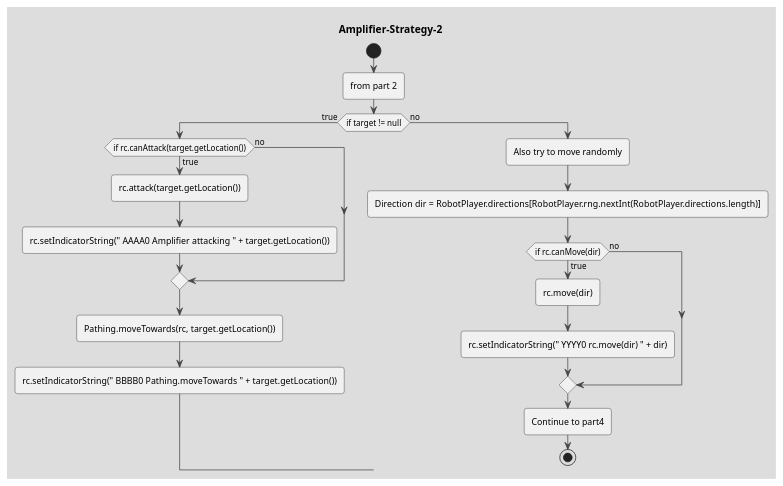
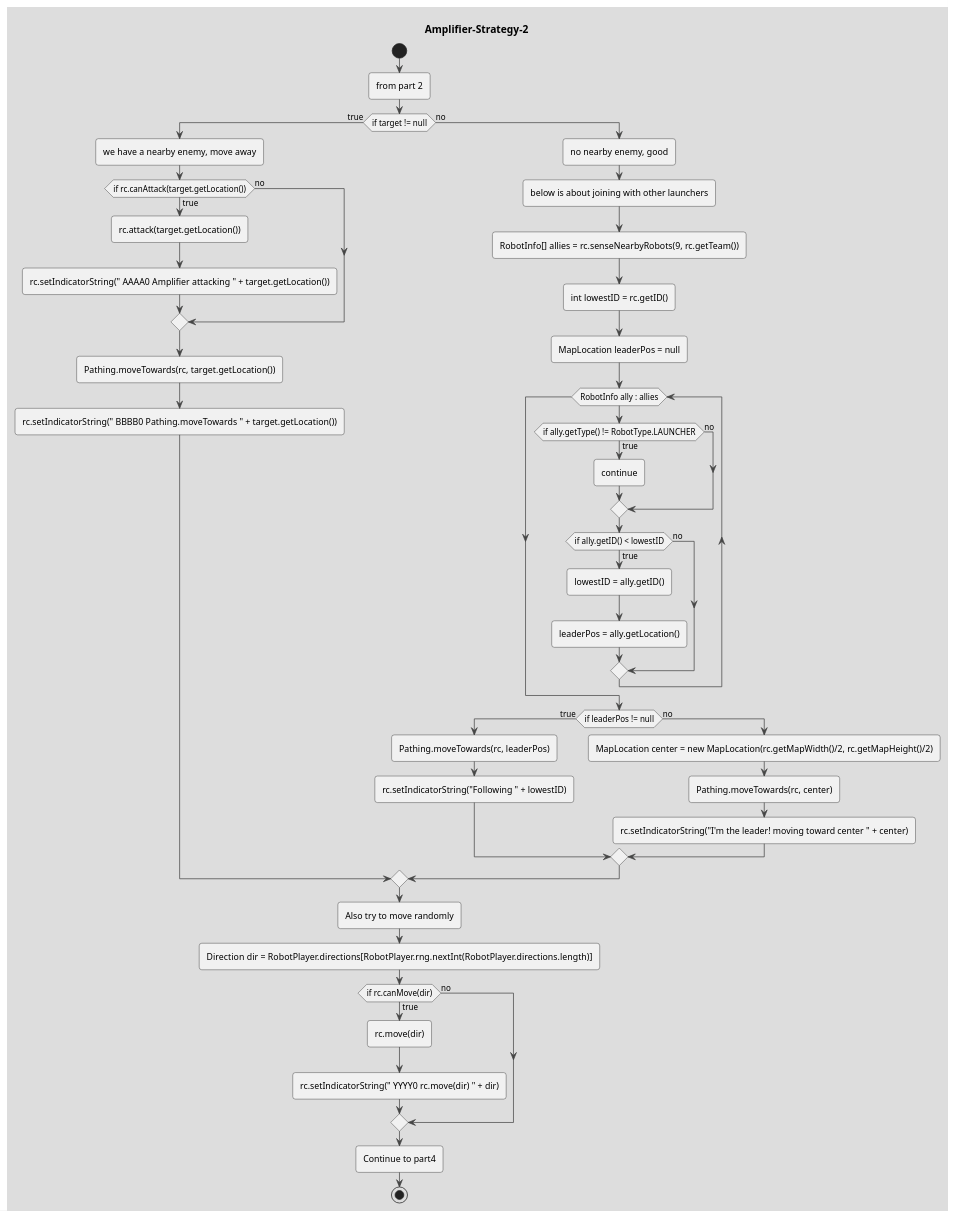
Before and after one commit to coding-to-music/plantuml-diagram-examples: the diagram in drawings/Amplifier-Strategy-3.puml, drawn with PlantUML. The commit also changed 1 other file, not shown here.

```diff
--- a/drawings/Amplifier-Strategy-3.puml
+++ b/drawings/Amplifier-Strategy-3.puml
@@ -1,53 +1,56 @@
 @startuml Amplifier-Strategy-2
 !theme toy 
 title Amplifier-Strategy-2
 start
 
 :from part 2; 
 
 ' // Amplifiers want to avoid getting attacked, just loiter and sense other robots
 
 if (if target != null) then (true)
+    :we have a nearby enemy, move away;
     if (if rc.canAttack(target.getLocation())) then (true)
         :rc.attack(target.getLocation());
         :rc.setIndicatorString(" AAAA0 Amplifier attacking " + target.getLocation());
     else (no)
     endif    
     :Pathing.moveTowards(rc, target.getLocation());
     :rc.setIndicatorString(" BBBB0 Pathing.moveTowards " + target.getLocation());
 else (no)
-    ' :RobotInfo[] allies = rc.senseNearbyRobots(9, rc.getTeam());
-    ' :int lowestID = rc.getID();
-    ' :MapLocation leaderPos = null;
-    ' while (RobotInfo ally : allies)
-    '     if (if ally.getType() != RobotType.LAUNCHER) then (true)
-    '         :continue;
-    '     else (no)
-    '     endif    
-    '     if (if ally.getID() < lowestID) then (true)
-    '         :lowestID = ally.getID();
-    '         :leaderPos = ally.getLocation();
-    '     else (no)
-    '     endif    
-    ' endwhile
-    ' if (if leaderPos != null) then (true)
-    '     :Pathing.moveTowards(rc, leaderPos);
-    '     :rc.setIndicatorString("Following " + lowestID);
-    ' else (no)
-    '     :MapLocation center = new MapLocation(rc.getMapWidth()/2, rc.getMapHeight()/2);
-    '     ' // MapLocation center = goalLoc;
-    '     :Pathing.moveTowards(rc, center);
-    '     :rc.setIndicatorString("I'm the leader! moving toward center " + center);
-    ' endif    
-' endif    
+    :no nearby enemy, good;
+    :below is about joining with other launchers;
+    :RobotInfo[] allies = rc.senseNearbyRobots(9, rc.getTeam());
+    :int lowestID = rc.getID();
+    :MapLocation leaderPos = null;
+    while (RobotInfo ally : allies)
+        if (if ally.getType() != RobotType.LAUNCHER) then (true)
+            :continue;
+        else (no)
+        endif    
+        if (if ally.getID() < lowestID) then (true)
+            :lowestID = ally.getID();
+            :leaderPos = ally.getLocation();
+        else (no)
+        endif    
+    endwhile
+    if (if leaderPos != null) then (true)
+        :Pathing.moveTowards(rc, leaderPos);
+        :rc.setIndicatorString("Following " + lowestID);
+    else (no)
+        :MapLocation center = new MapLocation(rc.getMapWidth()/2, rc.getMapHeight()/2);
+        ' // MapLocation center = goalLoc;
+        :Pathing.moveTowards(rc, center);
+        :rc.setIndicatorString("I'm the leader! moving toward center " + center);
+    endif    
+endif    
 :Also try to move randomly;
 :Direction dir = RobotPlayer.directions[RobotPlayer.rng.nextInt(RobotPlayer.directions.length)];
 if (if rc.canMove(dir)) then (true)
     :rc.move(dir);
     :rc.setIndicatorString(" YYYY0 rc.move(dir) " + dir);
 else (no)
 endif    
 
 :Continue to part4; 
 stop
 @enduml
```
